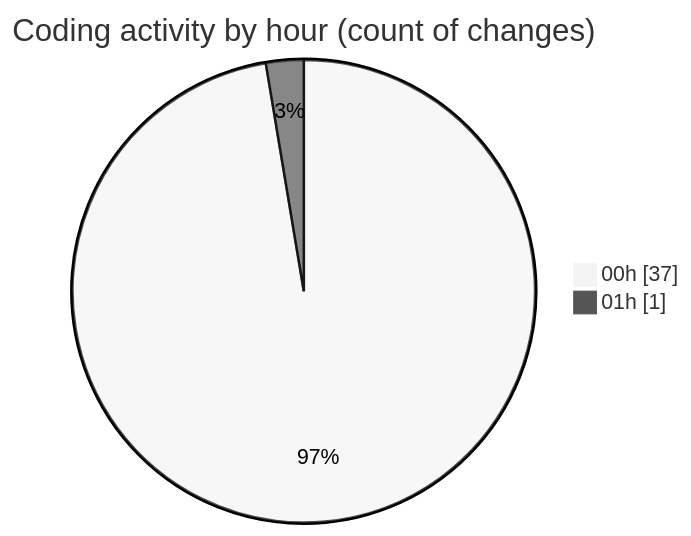
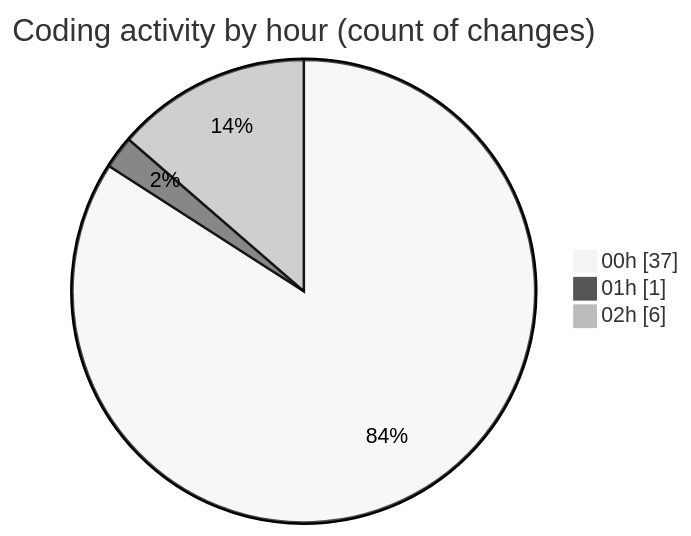
The second of 2 diagrams in 2025-11-20/eventscop-frontend-guide__workspace_/README.md (julien-gomy/code-tracking), drawn with Mermaid (neutral theme) before and after one commit. The commit also changed other lines of this file and 1 other file, not shown here.

````diff
--- a/2025-11-20/eventscop-frontend-guide__workspace_/README.md
+++ b/2025-11-20/eventscop-frontend-guide__workspace_/README.md
@@ -42,6 +44,7 @@
 ```mermaid
 pie showData
 title Coding activity by hour (count of changes)
 "00h" : 37
 "01h" : 1
+"02h" : 6
 ```
````
